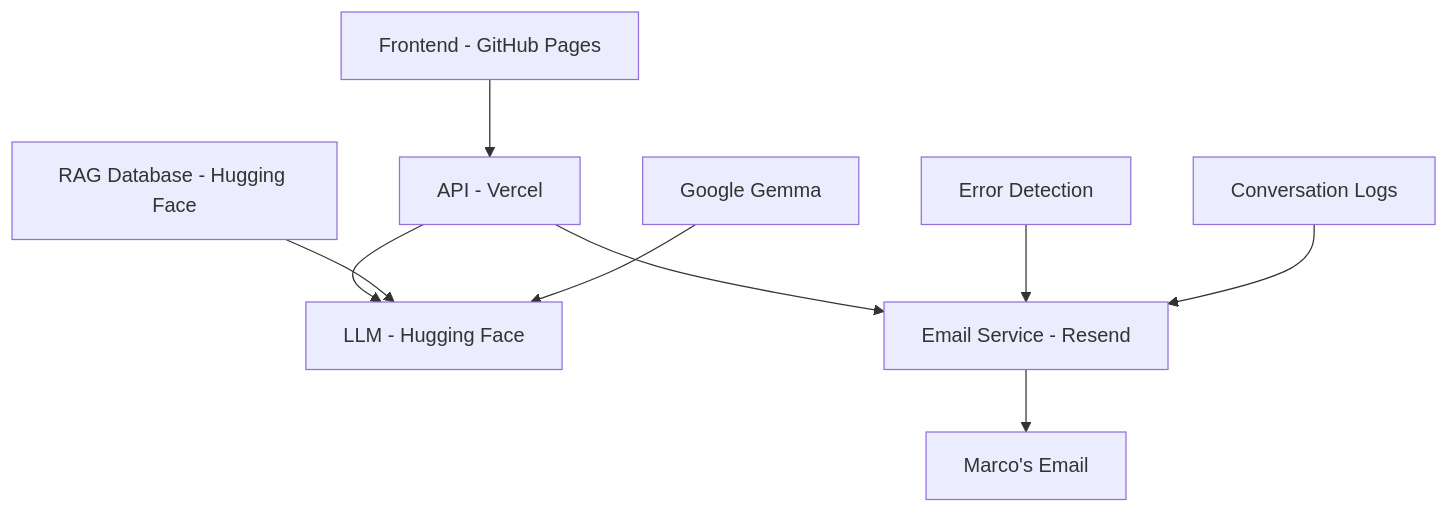
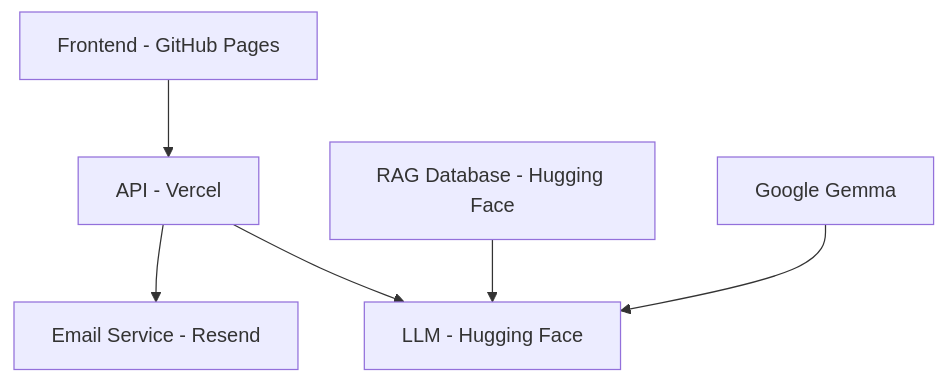
One commit to marcopyre/portfolio changed the diagram in README.md. Above: the diagram before and after it, drawn with Mermaid.

Commit message:
readme diagram fix

````diff
--- a/README.md
+++ b/README.md
@@ -66,13 +66,10 @@
 ```mermaid
 graph TB
     A[Frontend - GitHub Pages] --> B[API - Vercel]
     B --> C[LLM - Hugging Face]
     D[RAG Database - Hugging Face] --> C
     B --> E[Email Service - Resend]
-    E --> F[Marco's Email]
 
     G[Google Gemma] --> C
-    H[Error Detection] --> E
-    I[Conversation Logs] --> E
 
 ```
````
